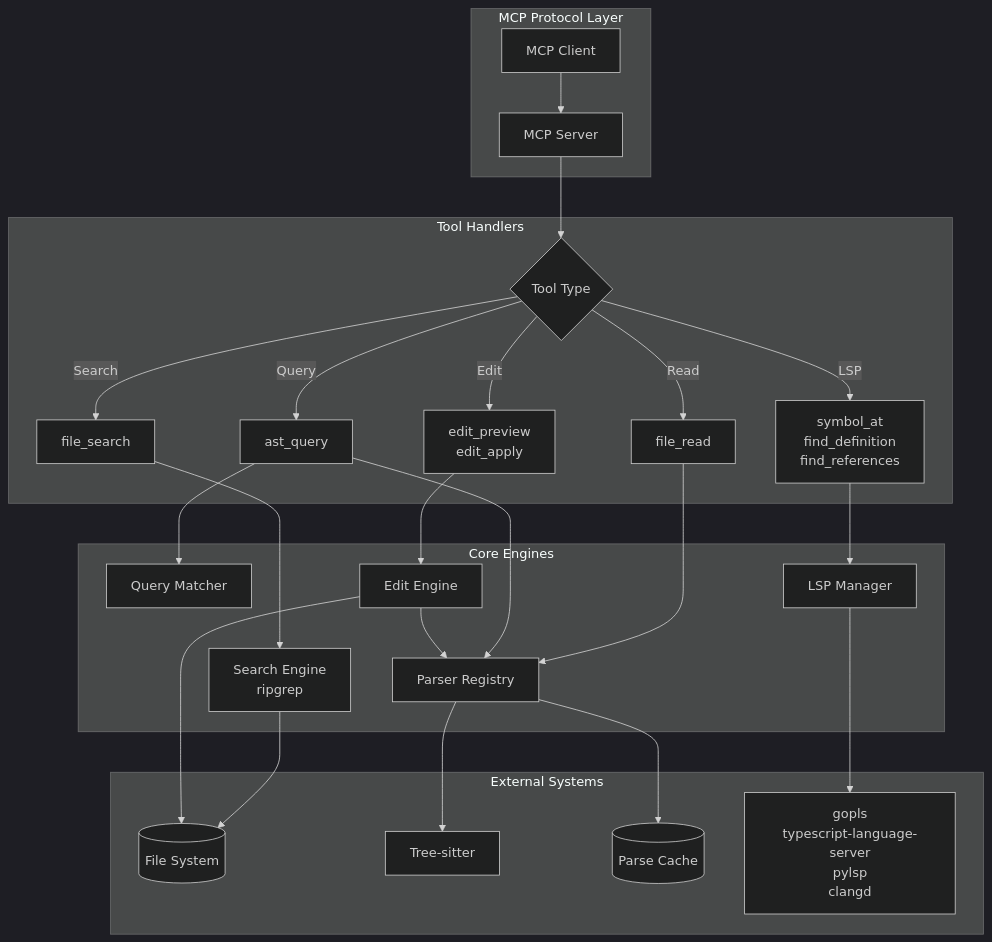
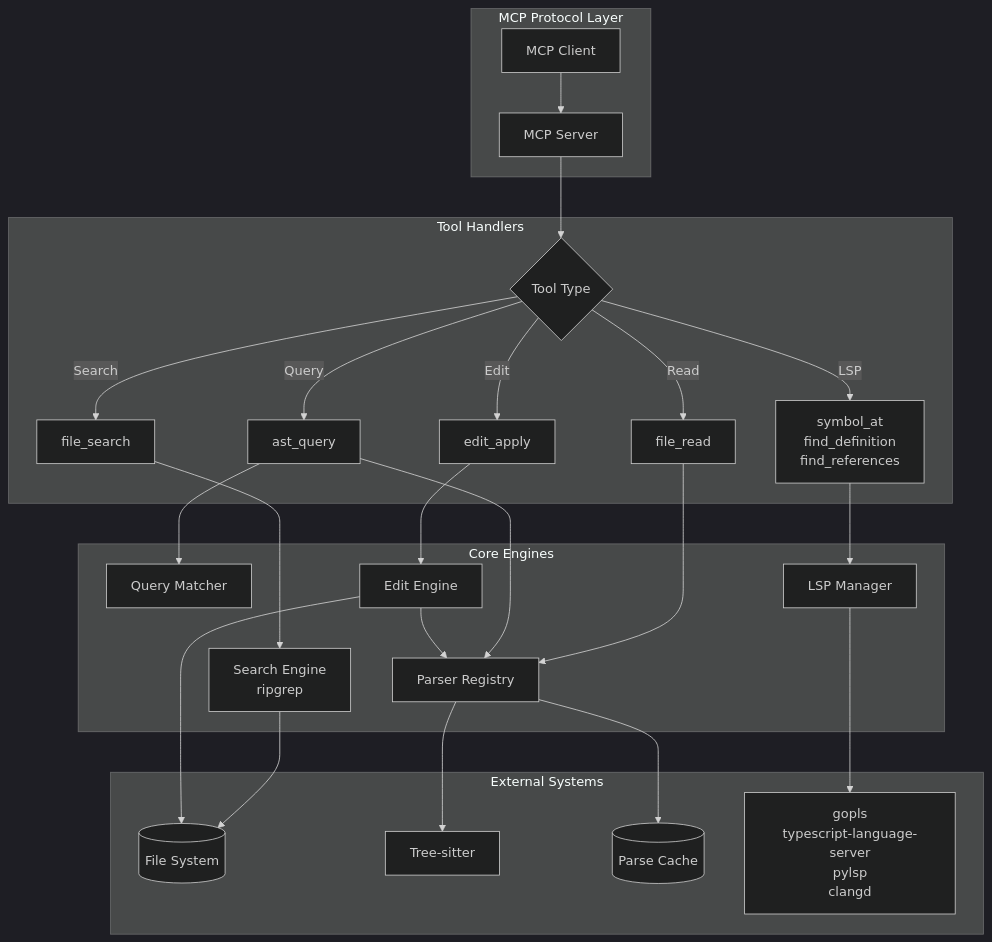
The fourth of 4 diagrams in README.md (lukaszraczylo/filepuff-mcp), drawn with Mermaid (dark theme) before and after one commit. The commit also changed other lines of this file and 7 other files, not shown here.

````diff
--- a/README.md
+++ b/README.md
@@ -737,33 +729,33 @@
 ```mermaid
 flowchart TB
     subgraph "MCP Protocol Layer"
         A[MCP Client] --> B[MCP Server]
     end
     
     subgraph "Tool Handlers"
         B --> C{Tool Type}
         C -->|Search| D[file_search]
         C -->|Read| E[file_read]
         C -->|Query| F[ast_query]
         C -->|LSP| G[symbol_at<br/>find_definition<br/>find_references]
-        C -->|Edit| H[edit_preview<br/>edit_apply]
+        C -->|Edit| H[edit_apply]
     end
     
     subgraph "Core Engines"
         D --> I[Search Engine<br/>ripgrep]
         E --> J[Parser Registry]
         F --> J
         F --> K[Query Matcher]
         G --> L[LSP Manager]
         H --> M[Edit Engine]
         M --> J
     end
     
     subgraph "External Systems"
         I --> N[(File System)]
         J --> O[Tree-sitter]
         J --> P[(Parse Cache)]
         L --> Q[gopls<br/>typescript-language-server<br/>pylsp<br/>clangd]
         M --> N
     end
 ```
````
